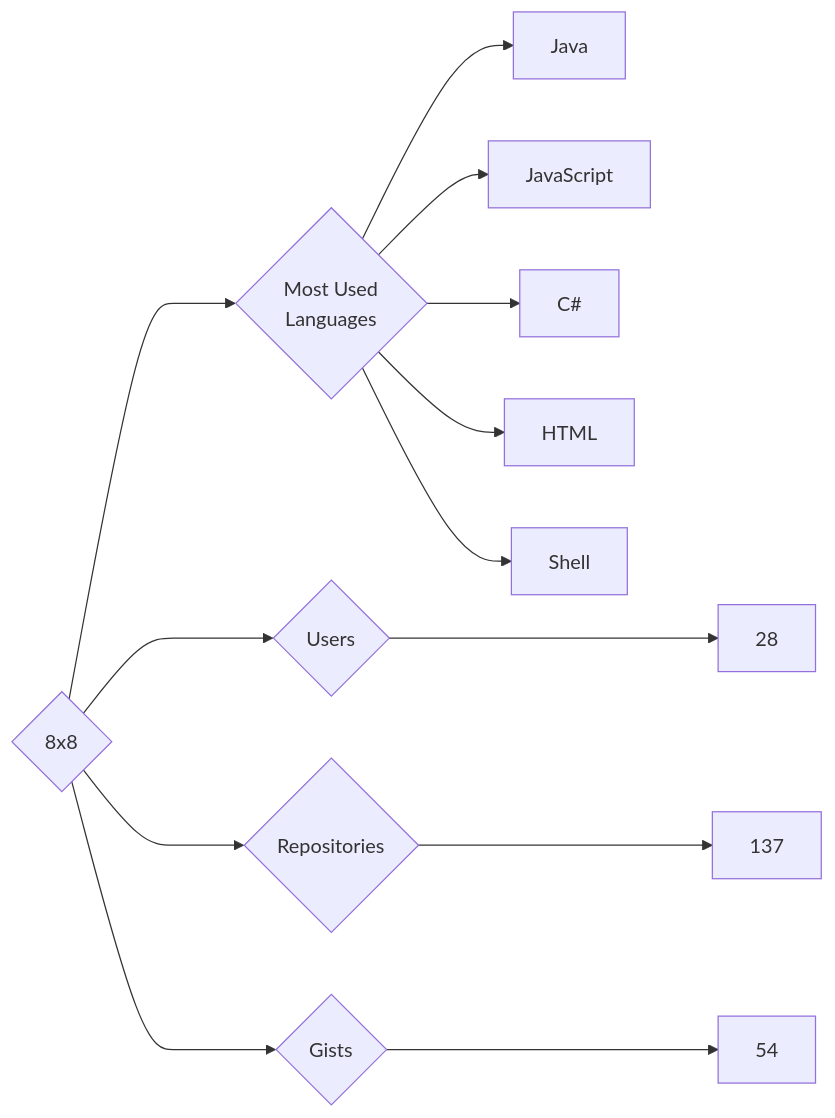
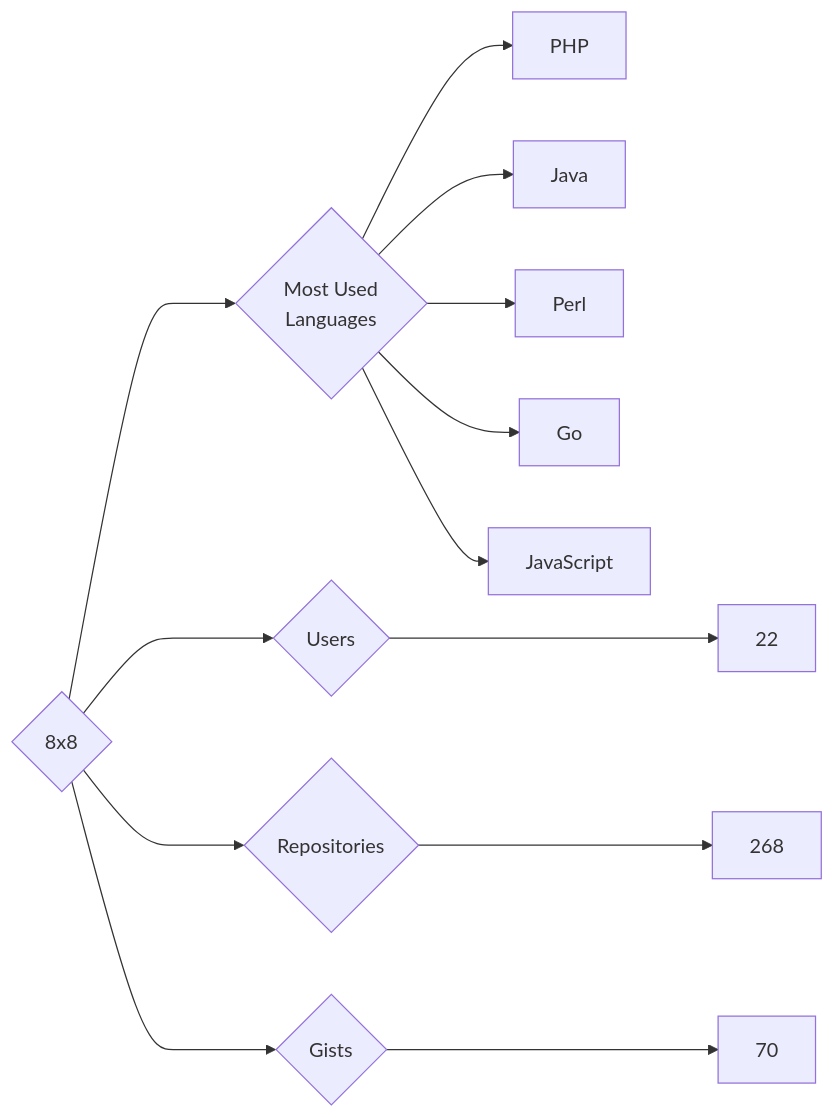
The diagram in targets/8x8/README.md (trickest/insiders), drawn with Mermaid before and after one commit. The commit also changed 925 other files, not shown here.

````diff
--- a/targets/8x8/README.md
+++ b/targets/8x8/README.md
@@ -3,13 +3,13 @@
 ```mermaid
 graph LR
 COMPANY_NAME{8x8}
-COMPANY_NAME ---> U{Users} ---> UN[28]
-COMPANY_NAME ---> R{Repositories} ---> RN[137]
-COMPANY_NAME ---> G{Gists} ---> GN[54]
+COMPANY_NAME ---> U{Users} ---> UN[22]
+COMPANY_NAME ---> R{Repositories} ---> RN[268]
+COMPANY_NAME ---> G{Gists} ---> GN[70]
 COMPANY_NAME ---> ML{Most Used<br>Languages}
+ML --> PHP[PHP]
 ML --> Java[Java]
+ML --> Perl[Perl]
+ML --> Go[Go]
 ML --> JavaScript[JavaScript]
-ML --> C#[C#]
-ML --> HTML[HTML]
-ML --> Shell[Shell]
 ```
````
